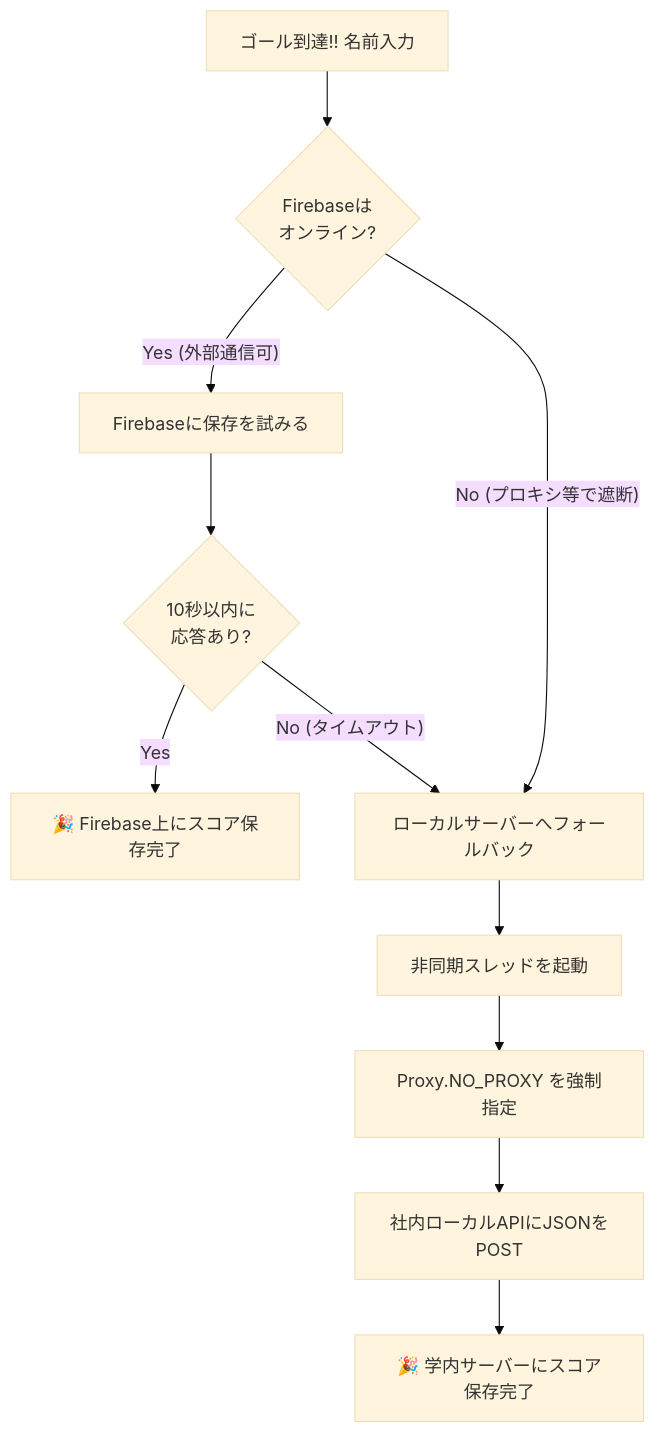
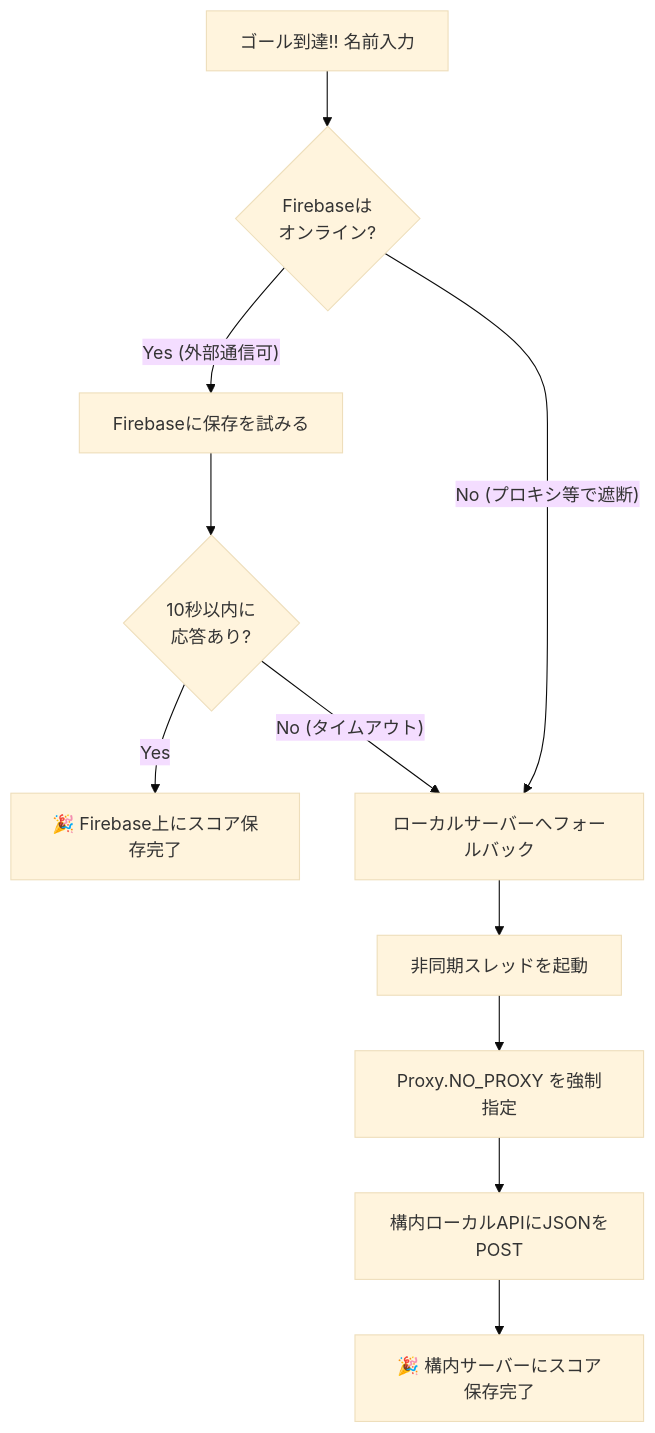
Before and after one commit to yabusan2-dot/android-ball-control-game: the diagram in README.md, drawn with Mermaid (base theme).

Commit message:
README更新
構内に統一

````diff
--- a/README.md
+++ b/README.md
@@ -30,14 +30,14 @@
 ```mermaid
 graph TD
     A[ゴール到達!! 名前入力] --> B{Firebaseは<br/>オンライン?}
     B -- Yes (外部通信可) --> C[Firebaseに保存を試みる]
     C --> D{10秒以内に<br/>応答あり?}
     D -- Yes --> E[🎉 Firebase上にスコア保存完了]
     D -- No (タイムアウト) --> F[ローカルサーバーへフォールバック]
     B -- No (プロキシ等で遮断) --> F
     
     F --> G[非同期スレッドを起動]
     G --> H[Proxy.NO_PROXY を強制指定]
-    H --> I[社内ローカルAPIにJSONをPOST]
-    I --> J[🎉 学内サーバーにスコア保存完了]
+    H --> I[構内ローカルAPIにJSONをPOST]
+    I --> J[🎉 構内サーバーにスコア保存完了]
 ```
````
